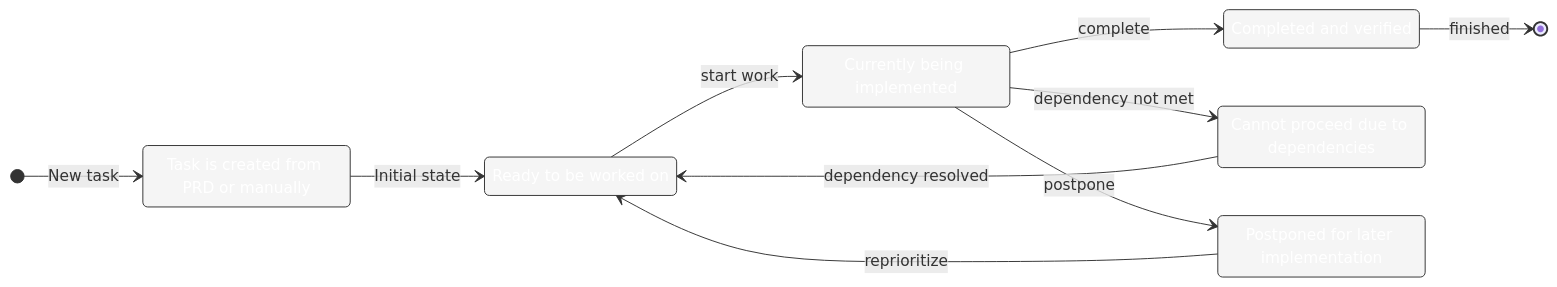
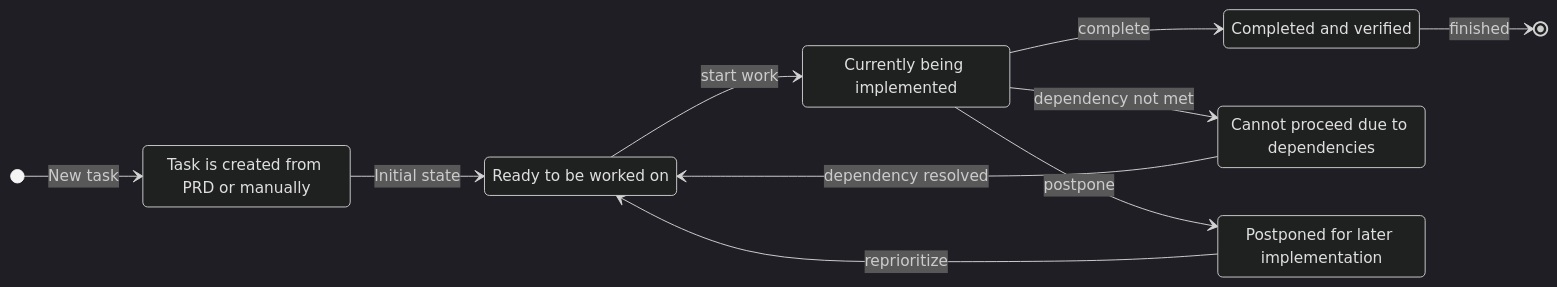
The second of 4 diagrams in docs/workflow-guide.md (colours93/cursor_workflow), drawn with Mermaid before and after one commit.

Commit message:
Update Task Lifecycle diagram with vibrant colors on dark theme

````diff
--- a/docs/workflow-guide.md
+++ b/docs/workflow-guide.md
@@ -336,24 +336,36 @@
 ```mermaid
+%%{init: {'theme': 'dark', 'themeVariables': { 'darkMode': true, 'background': '#000000' }}}%%
 stateDiagram-v2
     direction LR
     
     [*] --> Creation: New task
     Creation --> Pending: Initial state
     Pending --> InProgress: start work
     InProgress --> Done: complete
     InProgress --> Blocked: dependency not met
     InProgress --> Deferred: postpone
     Blocked --> Pending: dependency resolved
     Deferred --> Pending: reprioritize
     Done --> [*]: finished
     
     Creation: Task is created from PRD or manually
     Pending: Ready to be worked on
     InProgress: Currently being implemented
     Blocked: Cannot proceed due to dependencies
     Deferred: Postponed for later implementation
     Done: Completed and verified
 
-    classDef stateStyle fill:#f5f5f5,stroke:#333,stroke-width:1px,color:#FFFFFF
-    class Creation,Pending,InProgress,Done,Blocked,Deferred stateStyle
+    classDef creation fill:#FF9100,stroke:#FFAB40,stroke-width:3px,color:white;
+    classDef pending fill:#2979FF,stroke:#448AFF,stroke-width:3px,color:white;
+    classDef inprogress fill:#AA00FF,stroke:#D500F9,stroke-width:3px,color:white;
+    classDef done fill:#00C853,stroke:#00E676,stroke-width:3px,color:white;
+    classDef blocked fill:#FF1744,stroke:#FF5252,stroke-width:3px,color:white;
+    classDef deferred fill:#FF9100,stroke:#FFAB40,stroke-width:3px,color:white;
+    
+    class Creation creation;
+    class Pending pending;
+    class InProgress inprogress;
+    class Done done;
+    class Blocked blocked;
+    class Deferred deferred;
 ```
````
